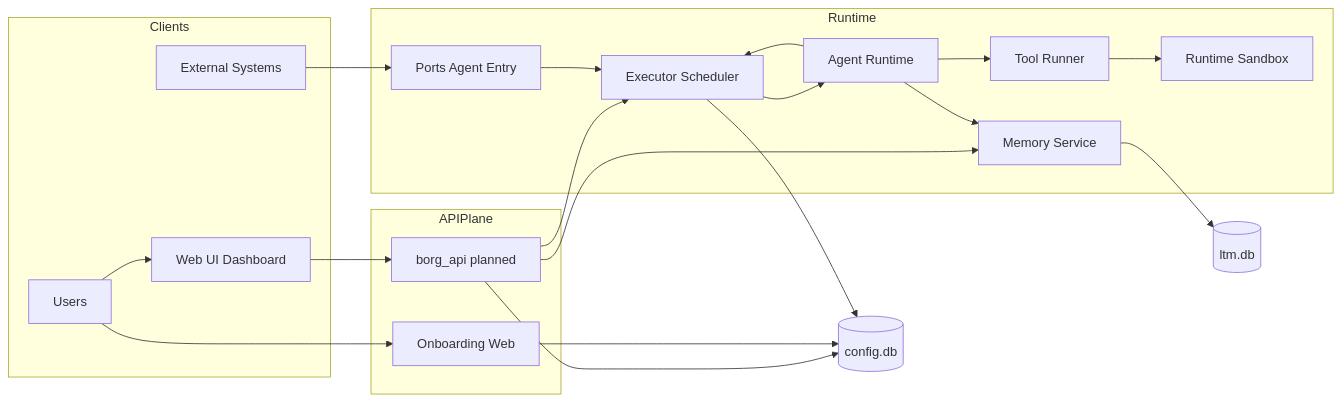
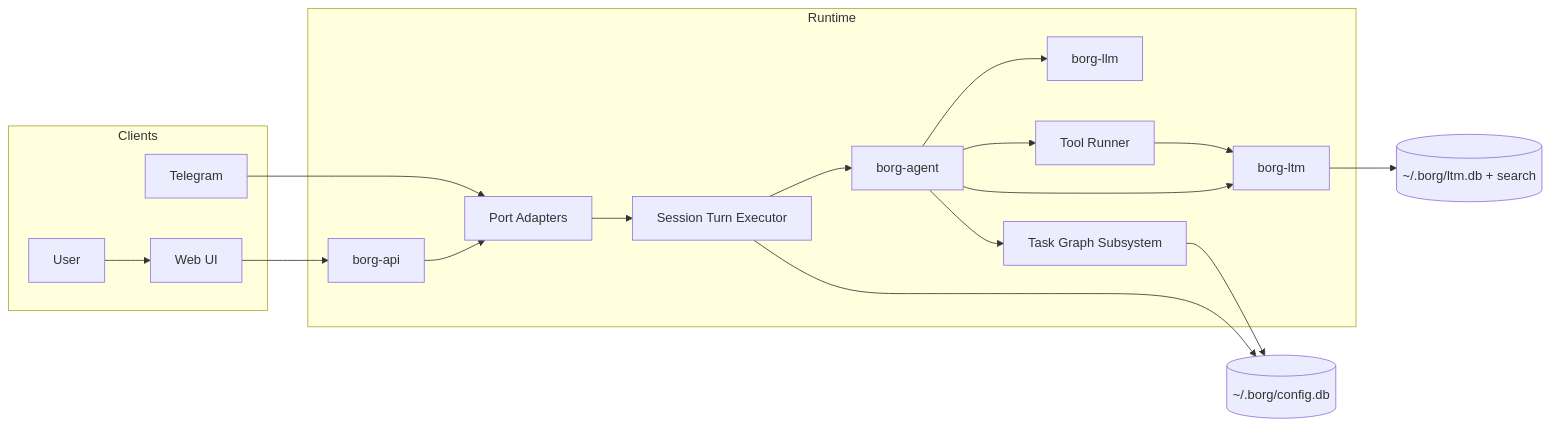
One commit to leostera/agents changed the first of 3 diagrams in ARCHITECTURE.md. Above: the diagram before and after it, drawn with Mermaid. The commit also changed other lines of this file and 5 other files, not shown here.

Commit message:
docs(architecture): align docs with session-first runtime and task separation

````diff
--- a/ARCHITECTURE.md
+++ b/ARCHITECTURE.md
@@ -22,42 +25,37 @@
 ```mermaid
 flowchart LR
   subgraph Clients
-    U[Users]
-    W[Web UI Dashboard]
-    S[External Systems]
-  end
-
-  subgraph APIPlane
-    BAPI[borg_api planned]
-    ONB[Onboarding Web]
+    U[User]
+    TG[Telegram]
+    WEB[Web UI]
   end
 
   subgraph Runtime
-    PORTS[Ports Agent Entry]
-    EXEC[Executor Scheduler]
-    AGENT[Agent Runtime]
+    API[borg-api]
+    PORTS[Port Adapters]
+    EXEC[Session Turn Executor]
+    AGENT[borg-agent]
+    LLM[borg-llm]
     TOOLS[Tool Runner]
-    RT[Runtime Sandbox]
-    LTM[Memory Service]
+    LTM[borg-ltm]
+    TASKS[Task Graph Subsystem]
   end
 
-  CFG[(config.db)]
-  MEM[(ltm.db)]
+  CFG[(~/.borg/config.db)]
+  MEM[(~/.borg/ltm.db + search)]
 
-  U --> W
-  W --> BAPI
-  U --> ONB
-  S --> PORTS
-  BAPI --> EXEC
-  BAPI --> LTM
-  BAPI --> CFG
-  ONB --> CFG
+  U --> WEB
+  TG --> PORTS
+  WEB --> API
+  API --> PORTS
   PORTS --> EXEC
   EXEC --> AGENT
+  AGENT --> LLM
   AGENT --> TOOLS
-  TOOLS --> RT
+  TOOLS --> LTM
   AGENT --> LTM
-  AGENT --> EXEC
+  AGENT --> TASKS
+  TASKS --> CFG
   EXEC --> CFG
   LTM --> MEM
 ```
````
